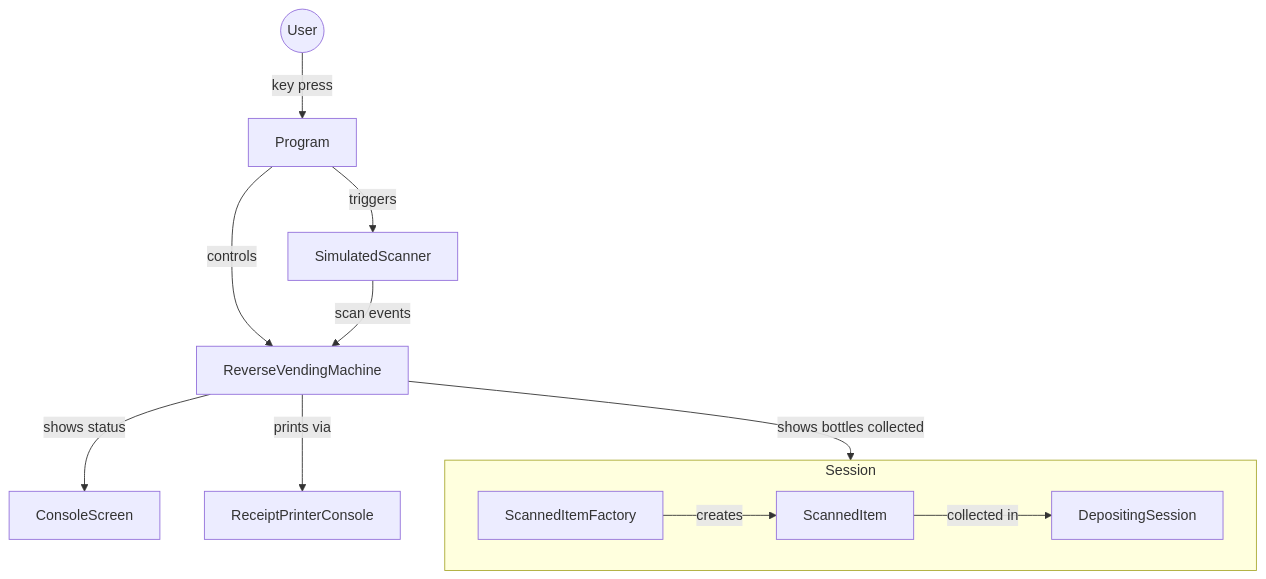
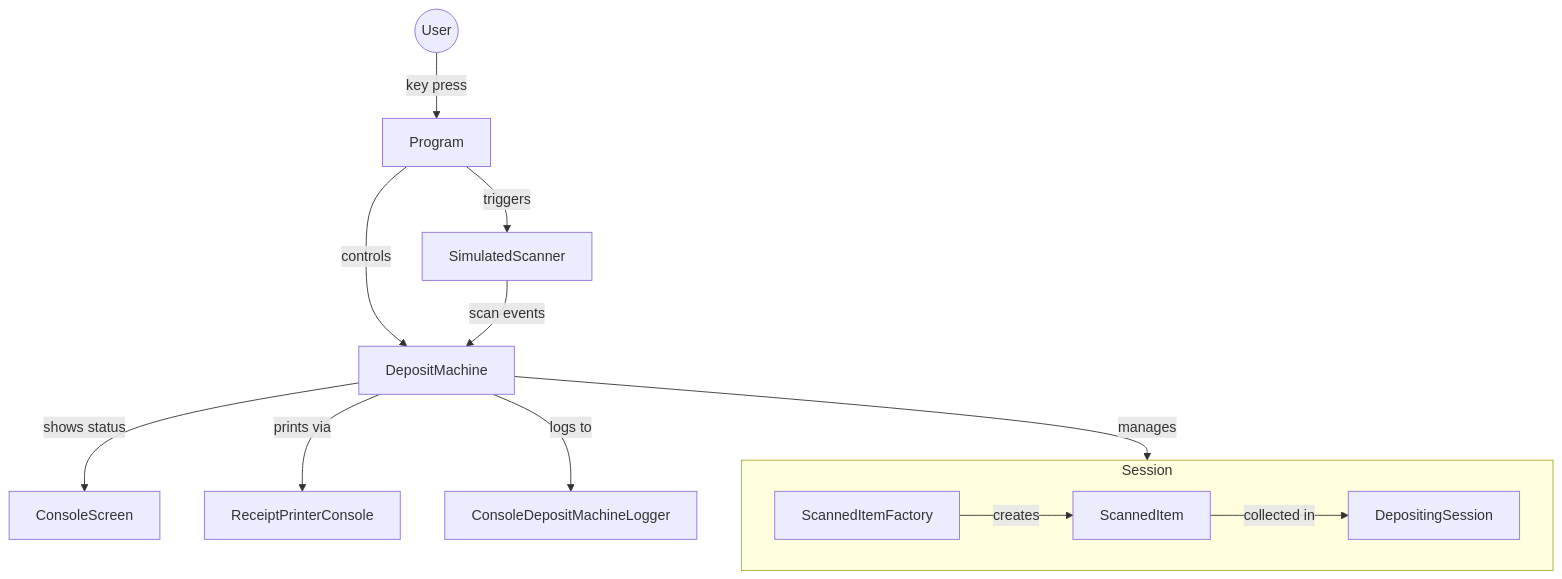
The diagram in README.md (Bjarnisan/ReverseVendingMachine), drawn with Mermaid before and after one commit. The commit also changed other lines of this file and 8 other files, not shown here.

````diff
--- a/README.md
+++ b/README.md
@@ -36,19 +38,19 @@
 ```mermaid
 graph TB
     User((User)) -->|key press| Program
 
     Program -->|triggers| Scanner[SimulatedScanner]
-    Program -->|controls| RVM[ReverseVendingMachine]
+    Program -->|controls| DM[DepositMachine]
 
-    Scanner -->|scan events| RVM
+    Scanner -->|scan events| DM
 
     subgraph Session
         Factory[ScannedItemFactory] -->|creates| Item[ScannedItem]
         Item -->|collected in| DS[DepositingSession]
     end
 
-    RVM -->|shows bottles collected| Session
-
-    RVM -->|shows status| Screen[ConsoleScreen]
-    RVM -->|prints via| Printer[ReceiptPrinterConsole]
+    DM -->|manages| Session
+    DM -->|shows status| Screen[ConsoleScreen]
+    DM -->|prints via| Printer[ReceiptPrinterConsole]
+    DM -->|logs to| Logger[ConsoleDepositMachineLogger]
 ```
````
